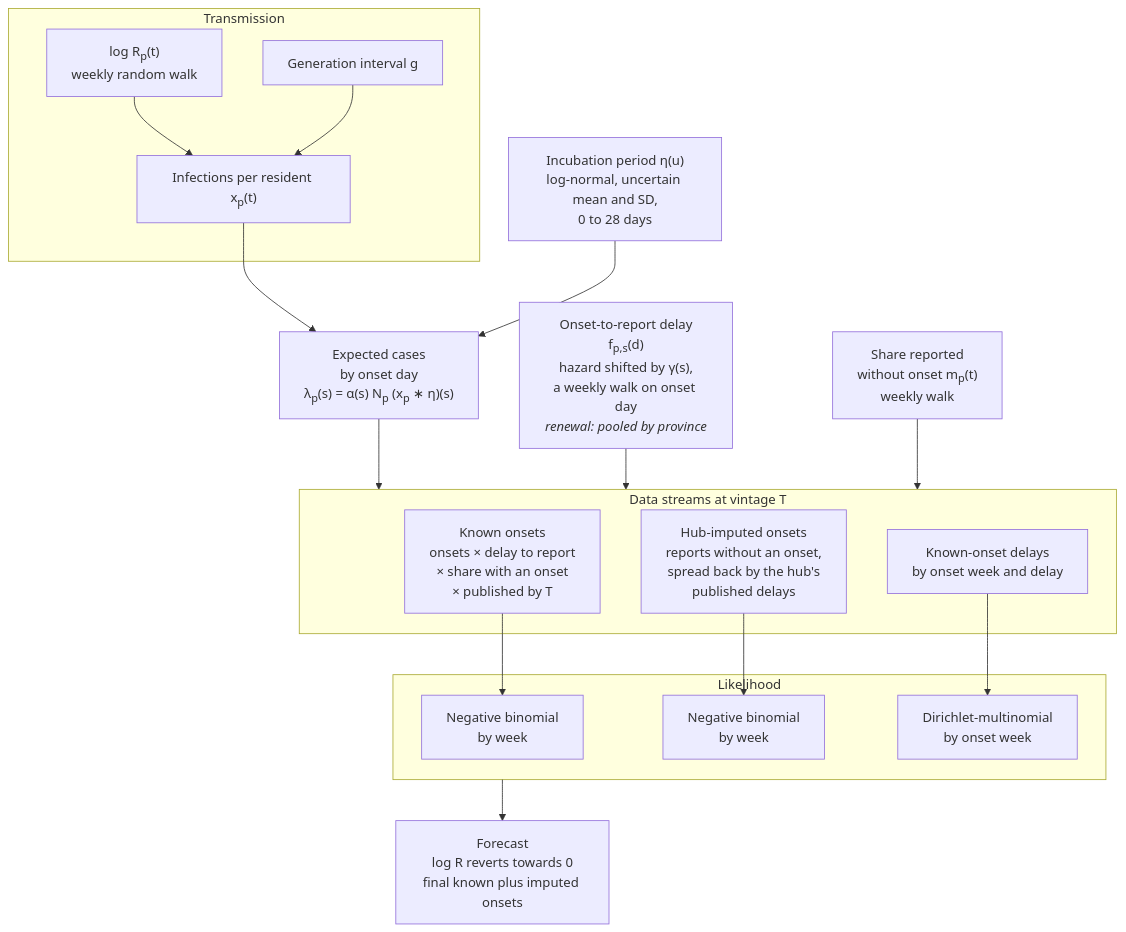
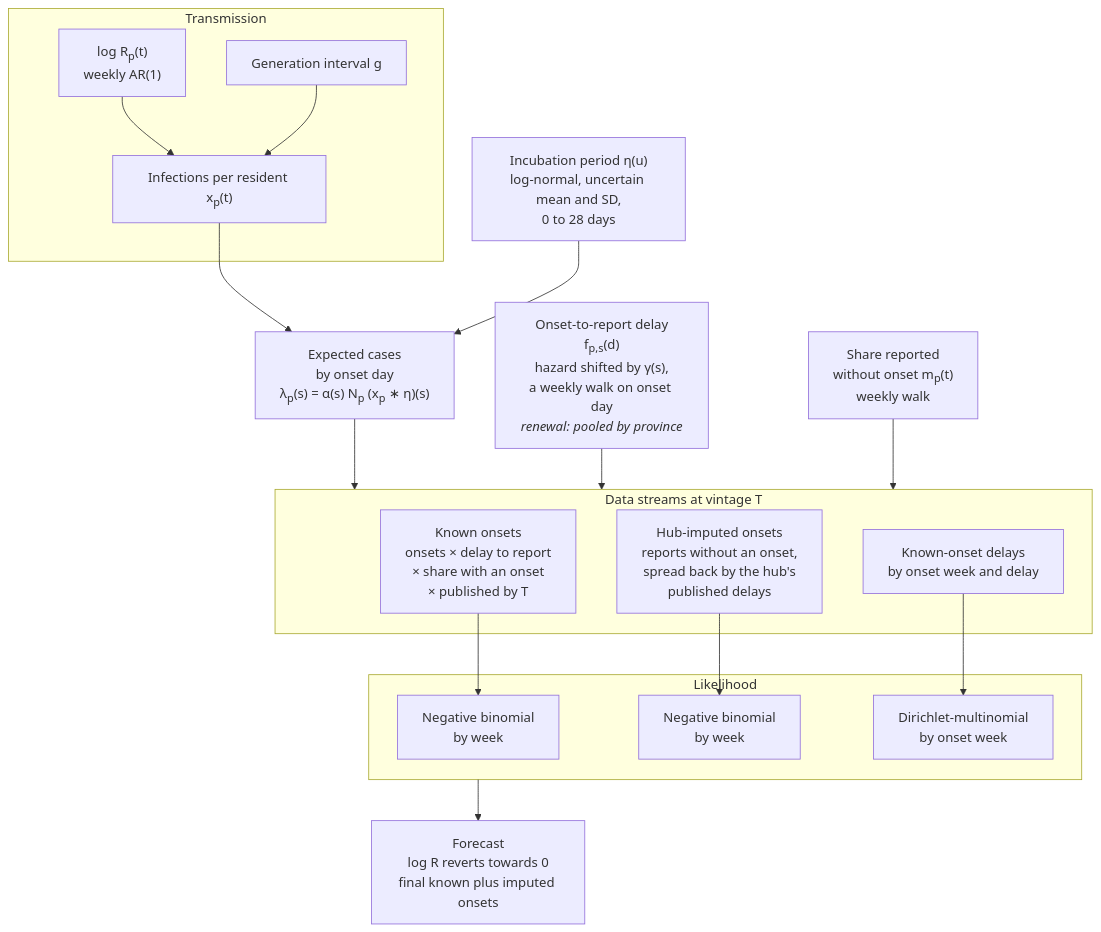
The second of 4 diagrams in docs/methods/model.md (seabbs/bdbv-hub-modelling), drawn with Mermaid before and after one commit. The commit also changed other lines of this file and 7 other files, not shown here.

````diff
--- a/docs/methods/model.md
+++ b/docs/methods/model.md
@@ -38,35 +38,35 @@
 ```mermaid
 flowchart TD
     subgraph TR["Transmission"]
-        RT["log R<sub>p</sub>(t)<br/>weekly random walk"]
+        RT["log R<sub>p</sub>(t)<br/>weekly AR(1)"]
         GI["Generation interval g"]
         INF["Infections per resident x<sub>p</sub>(t)"]
     end
     ONS["Expected cases<br/>by onset day<br/>λ<sub>p</sub>(s) = α(s) N<sub>p</sub> (x<sub>p</sub> ∗ η)(s)"]
     INC["Incubation period η(u)<br/>log-normal, uncertain mean and SD,<br/>0 to 28 days"]
     DEL["Onset-to-report delay<br/>f<sub>p,s</sub>(d)<br/>hazard shifted by γ(s),<br/>a weekly walk on onset day<br/><i>renewal: pooled by province</i>"]
     MISS["Share reported<br/>without onset m<sub>p</sub>(t)<br/>weekly walk"]
     subgraph OB["Data streams at vintage T"]
         KN["Known onsets<br/>onsets × delay to report<br/>× share with an onset<br/>× published by T"]
         IM["Hub-imputed onsets<br/>reports without an onset,<br/>spread back by the hub's<br/>published delays"]
         DC["Known-onset delays<br/>by onset week and delay"]
     end
     subgraph LK["Likelihood"]
         LKN["Negative binomial<br/>by week"]
         LKI["Negative binomial<br/>by week"]
         LKD["Dirichlet-multinomial<br/>by onset week"]
     end
     FC["Forecast<br/>log R reverts towards 0<br/>final known plus imputed onsets"]
 
     RT --> INF
     GI --> INF
     INF --> ONS
     INC --> ONS
     ONS --> OB
     DEL --> OB
     MISS --> OB
     KN --> LKN
     IM --> LKI
     DC --> LKD
     LK --> FC
 ```
````
